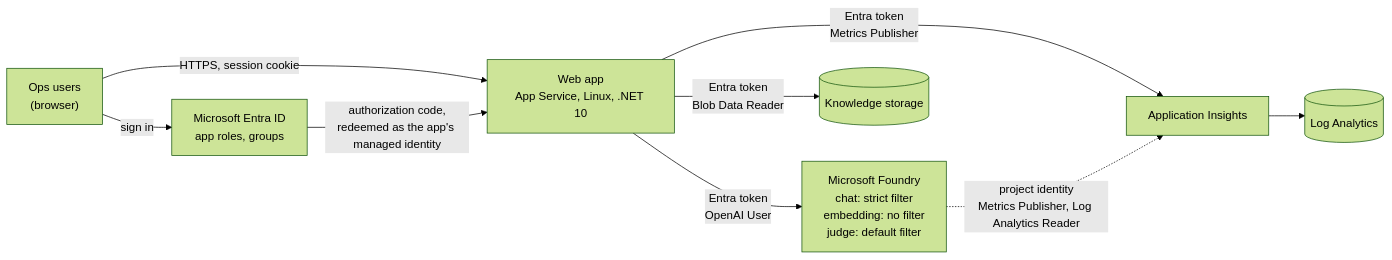
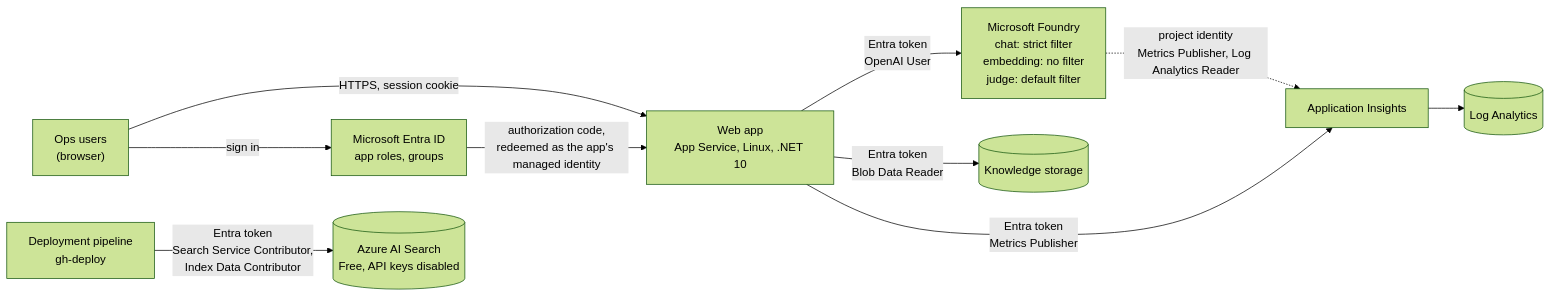
The first of 4 diagrams in docs/Architecture.md (ankurparekh1988/payment-ops-investigation-agent), drawn with Mermaid (forest theme) before and after one commit. The commit also changed other lines of this file and 18 other files, not shown here.

First line of the commit message:
Add a keyless search service (#15)

````diff
--- a/docs/Architecture.md
+++ b/docs/Architecture.md
@@ -25,11 +26,12 @@
 ```mermaid
 flowchart LR
   U["Ops users<br/>(browser)"] -->|HTTPS, session cookie| APP["Web app<br/>App Service, Linux, .NET 10"]
   U -->|sign in| E["Microsoft Entra ID<br/>app roles, groups"]
   E -->|"authorization code,<br/>redeemed as the app's managed identity"| APP
   APP -->|"Entra token<br/>OpenAI User"| F["Microsoft Foundry<br/>chat: strict filter<br/>embedding: no filter<br/>judge: default filter"]
   APP -->|"Entra token<br/>Blob Data Reader"| ST[("Knowledge storage")]
   APP -->|"Entra token<br/>Metrics Publisher"| AI["Application Insights"]
   AI --> LA[("Log Analytics")]
   F -.->|"project identity<br/>Metrics Publisher, Log Analytics Reader"| AI
+  CD["Deployment pipeline<br/>gh-deploy"] -->|"Entra token<br/>Search Service Contributor,<br/>Index Data Contributor"| S[("Azure AI Search<br/>Free, API keys disabled")]
 ```
````
